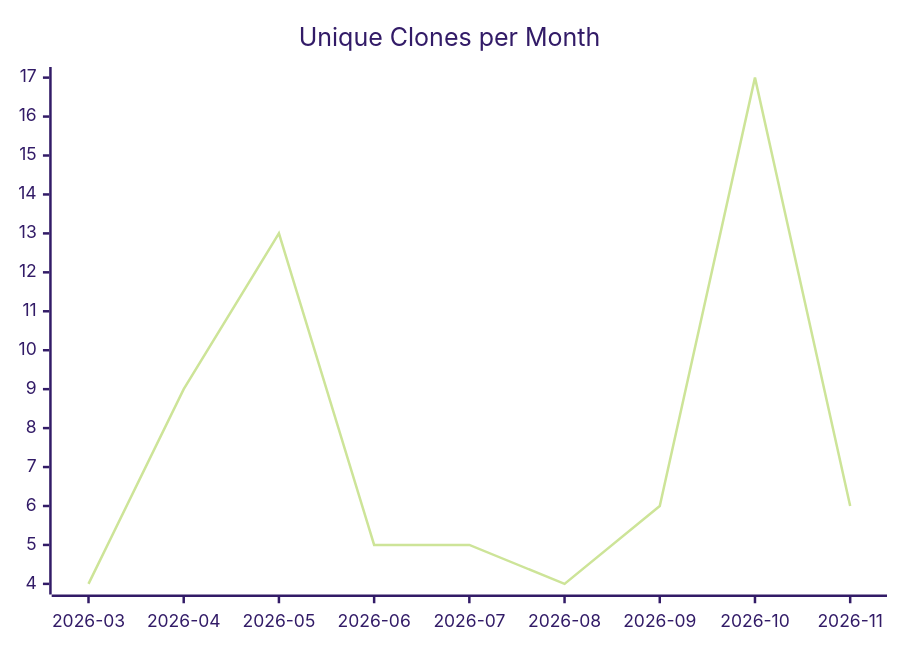
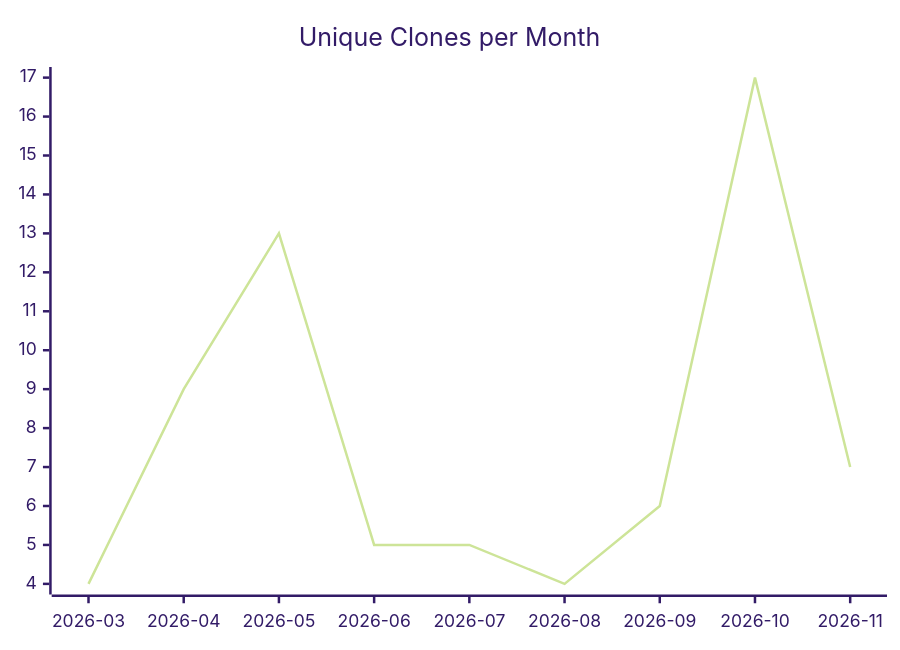
The third of 3 diagrams in karlmdavis/justdavis-puppet/README.md (justdavis-family/github-analytics-data), drawn with Mermaid (forest theme) before and after one commit. The commit also changed other lines of this file and 196 other files, not shown here.

````diff
--- a/karlmdavis/justdavis-puppet/README.md
+++ b/karlmdavis/justdavis-puppet/README.md
@@ -19,6 +19,6 @@
 ```mermaid
 xychart-beta
   title "Unique Clones per Month"
   x-axis ["2026-03", "2026-04", "2026-05", "2026-06", "2026-07", "2026-08", "2026-09", "2026-10", "2026-11"]
-  line [4, 9, 13, 5, 5, 4, 6, 17, 6]
+  line [4, 9, 13, 5, 5, 4, 6, 17, 7]
 ```
````
